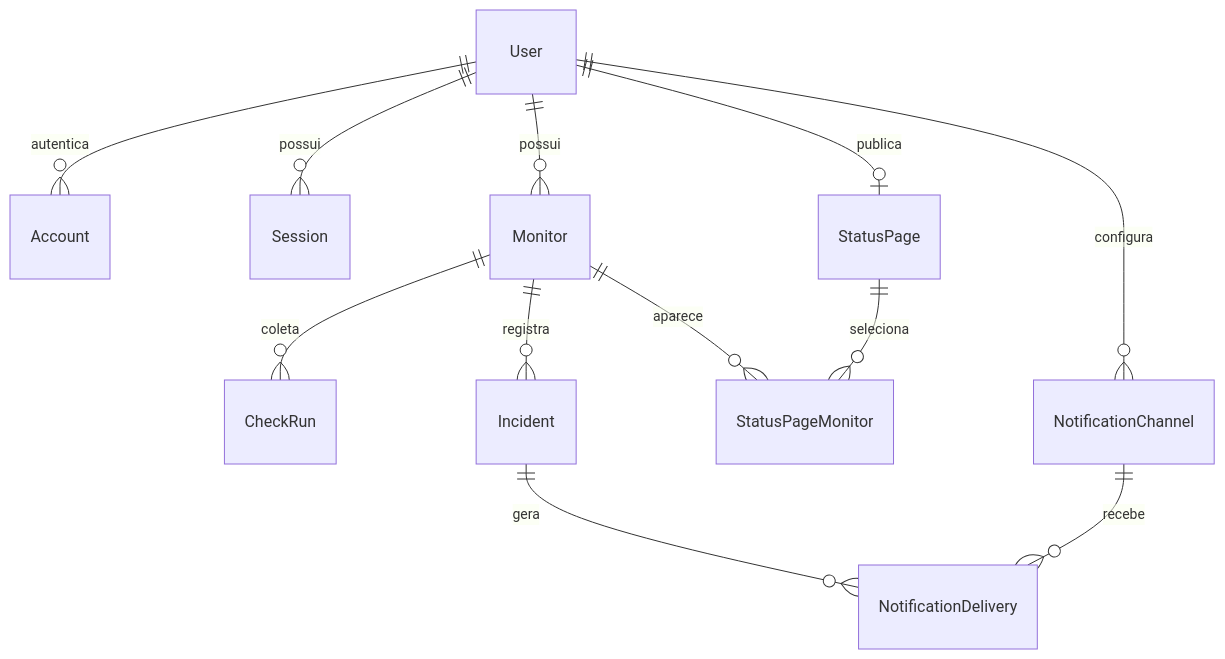
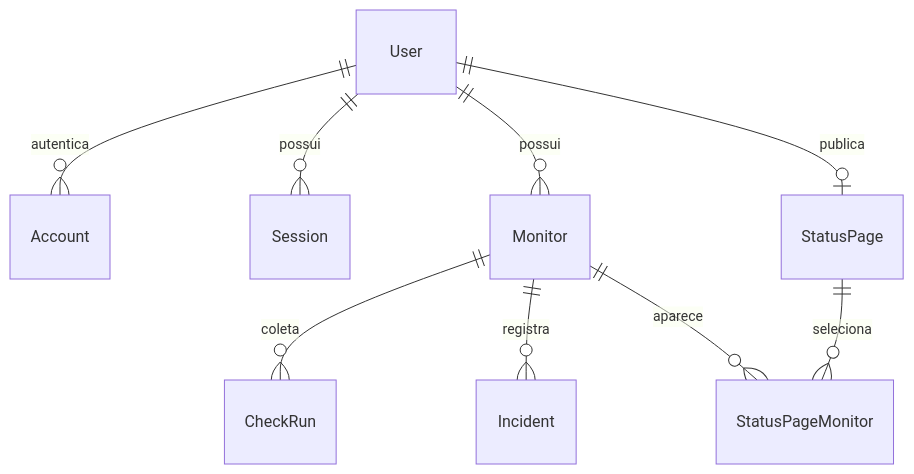
Before and after one commit to samuelsce/LinkWatch: the diagram in docs/DATABASE.md, drawn with Mermaid. The commit also changed other lines of this file and 4 other files, not shown here.

Commit message:
docs(architecture): reconcile implementation and planned work

````diff
--- a/docs/DATABASE.md
+++ b/docs/DATABASE.md
@@ -5,14 +5,11 @@
 ```mermaid
 erDiagram
   User ||--o{ Account : autentica
   User ||--o{ Session : possui
   User ||--o{ Monitor : possui
   Monitor ||--o{ CheckRun : coleta
   Monitor ||--o{ Incident : registra
   User ||--o| StatusPage : publica
   StatusPage ||--o{ StatusPageMonitor : seleciona
   Monitor ||--o{ StatusPageMonitor : aparece
-  User ||--o{ NotificationChannel : configura
-  Incident ||--o{ NotificationDelivery : gera
-  NotificationChannel ||--o{ NotificationDelivery : recebe
 ```
````
